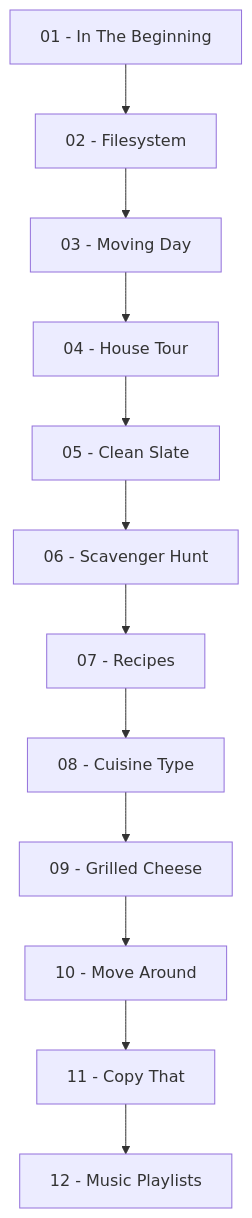
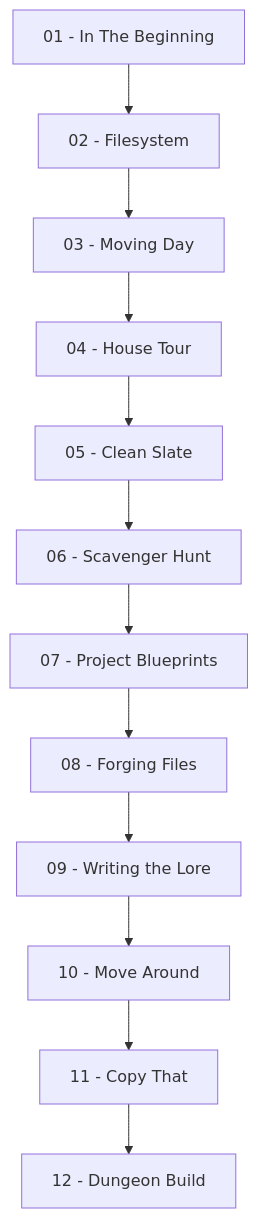
One commit to alanfabzlab/Developer-Knowledge-Base changed the diagram in 🖥️ Command Line/README.md. Above: the diagram before and after it, drawn with Mermaid. The commit also changed other lines of this file and 15 other files, not shown here.

````diff
--- a/🖥️ Command Line/README.md
+++ b/🖥️ Command Line/README.md
@@ -79,14 +79,14 @@
 ```mermaid
 flowchart TD
     A[01 - In The Beginning] --> B[02 - Filesystem]
     B --> C[03 - Moving Day]
     C --> D[04 - House Tour]
     D --> E[05 - Clean Slate]
     E --> F[06 - Scavenger Hunt]
-    F --> G[07 - Recipes]
-    G --> H[08 - Cuisine Type]
-    H --> I[09 - Grilled Cheese]
+    F --> G[07 - Project Blueprints]
+    G --> H[08 - Forging Files]
+    H --> I[09 - Writing the Lore]
     I --> J[10 - Move Around]
     J --> K[11 - Copy That]
-    K --> L[12 - Music Playlists]
+    K --> L[12 - Dungeon Build]
 ```
````
